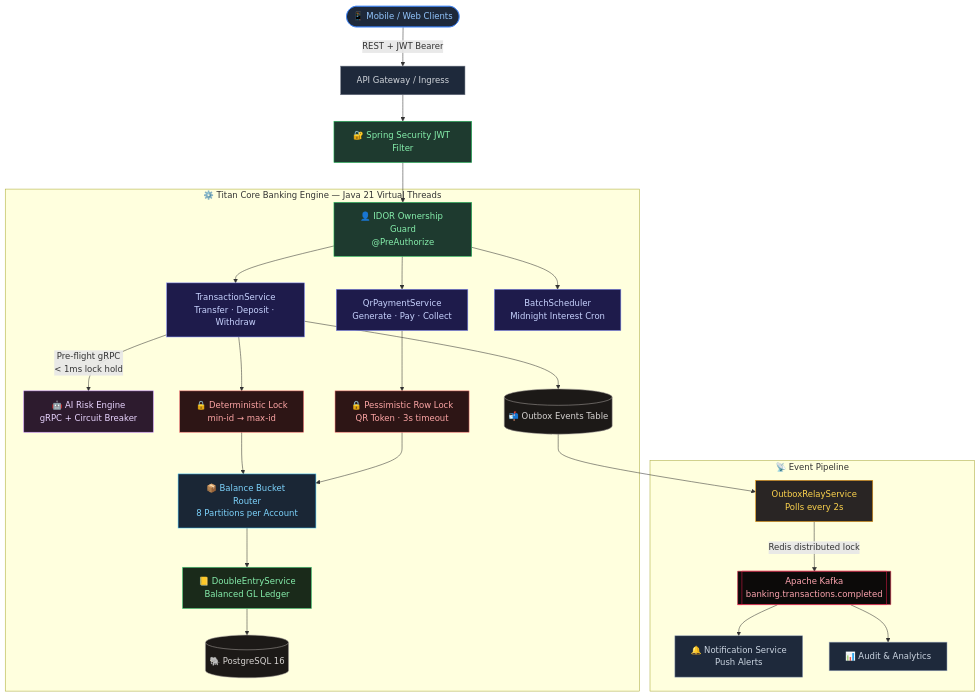
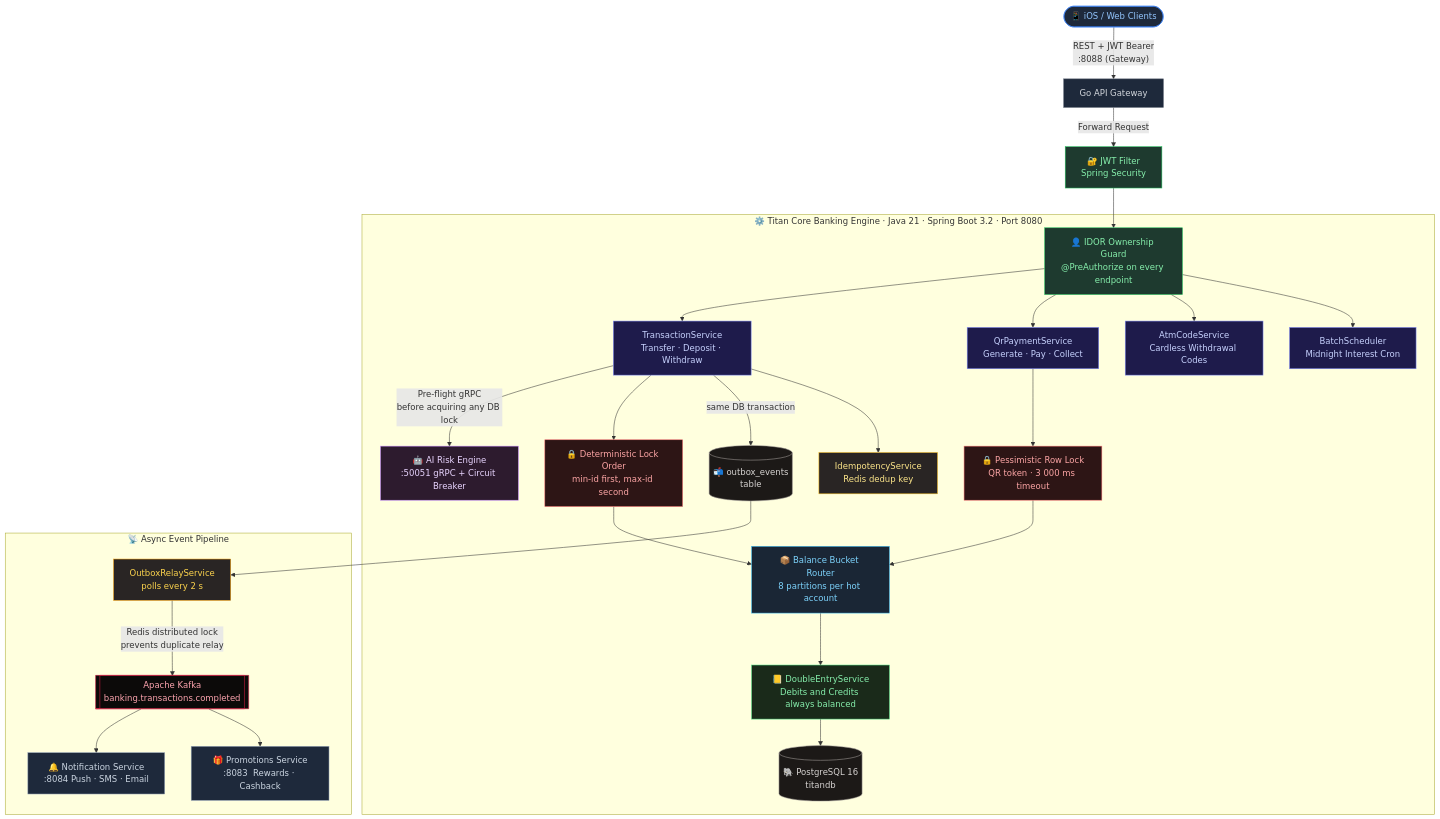
One commit to Bunchhay1/Titan-Core-Banking-V2 changed the diagram in README.md. Above: the diagram before and after it, drawn with Mermaid. The commit also changed other lines of this file, not shown here.

````diff
--- a/README.md
+++ b/README.md
@@ -87,44 +96,47 @@
 ```mermaid
 flowchart TD
-    Client([📱 Mobile / Web Clients]):::client -->|REST + JWT Bearer| GW[API Gateway / Ingress]:::infra
-    GW --> SF[🔐 Spring Security JWT Filter]:::security
-    SF --> AS[👤 IDOR Ownership Guard\n@PreAuthorize]:::security
+    Client([📱 iOS / Web Clients]):::client -->|"REST + JWT Bearer\n:8088 (Gateway)"| GW[Go API Gateway]:::infra
+    GW -->|Forward Request| SF[🔐 JWT Filter\nSpring Security]:::security
+    SF --> IDOR[👤 IDOR Ownership Guard\n@PreAuthorize on every endpoint]:::security
 
-    subgraph ENGINE ["⚙️  Titan Core Banking Engine  —  Java 21 Virtual Threads"]
-        AS --> TS[TransactionService\nTransfer · Deposit · Withdraw]:::service
-        AS --> QS[QrPaymentService\nGenerate · Pay · Collect]:::service
-        AS --> BS[BatchScheduler\nMidnight Interest Cron]:::service
+    subgraph ENGINE ["⚙️  Titan Core Banking Engine  ·  Java 21  ·  Spring Boot 3.2  ·  Port 8080"]
+        IDOR --> TS[TransactionService\nTransfer · Deposit · Withdraw]:::service
+        IDOR --> QS[QrPaymentService\nGenerate · Pay · Collect]:::service
+        IDOR --> ATM[AtmCodeService\nCardless Withdrawal Codes]:::service
+        IDOR --> BS[BatchScheduler\nMidnight Interest Cron]:::service
 
-        TS -->|Pre-flight gRPC\n< 1ms lock hold| RE[🤖 AI Risk Engine\ngRPC + Circuit Breaker]:::ai
-        TS --> DL[🔒 Deterministic Lock\nmin-id → max-id]:::lock
-        QS --> PL[🔒 Pessimistic Row Lock\nQR Token · 3s timeout]:::lock
+        TS -->|"Pre-flight gRPC\nbefore acquiring any DB lock"| RE[🤖 AI Risk Engine\n:50051 gRPC + Circuit Breaker]:::ai
+        TS --> DLOCK[🔒 Deterministic Lock Order\nmin-id first, max-id second]:::lock
+        QS --> PLOCK[🔒 Pessimistic Row Lock\nQR token · 3 000 ms timeout]:::lock
 
-        DL --> BR[📦 Balance Bucket Router\n8 Partitions per Account]:::bucket
-        PL --> BR
+        DLOCK --> BUCKET[📦 Balance Bucket Router\n8 partitions per hot account]:::bucket
+        PLOCK --> BUCKET
 
-        BR --> DE[📒 DoubleEntryService\nBalanced GL Ledger]:::ledger
-        DE --> PG[(🐘 PostgreSQL 16)]:::db
+        BUCKET --> DE[📒 DoubleEntryService\nDebits and Credits always balanced]:::ledger
+        DE --> PG[(🐘 PostgreSQL 16\ntitandb)]:::db
 
-        TS --> OB[(📬 Outbox Events Table)]:::db
+        TS -->|"same DB transaction"| OB[(📬 outbox_events\ntable)]:::db
+        TS --> IDEM[IdempotencyService\nRedis dedup key]:::idem
     end
 
-    subgraph EVENTS ["📡  Event Pipeline"]
-        OB --> OR[OutboxRelayService\nPolls every 2s]:::relay
-        OR -->|Redis distributed lock| KF[[Apache Kafka\nbanking.transactions.completed]]:::kafka
-        KF --> NS[🔔 Notification Service\nPush Alerts]:::downstream
-        KF --> AN[📊 Audit & Analytics]:::downstream
+    subgraph EVENTS ["📡  Async Event Pipeline"]
+        OB --> OR[OutboxRelayService\npolls every 2 s]:::relay
+        OR -->|"Redis distributed lock\nprevents duplicate relay"| KF[[Apache Kafka\nbanking.transactions.completed]]:::kafka
+        KF --> NS[🔔 Notification Service\n:8084  Push · SMS · Email]:::downstream
+        KF --> AN[🎁 Promotions Service\n:8083  Rewards · Cashback]:::downstream
     end
 
     classDef client fill:#1e293b,stroke:#3b82f6,color:#93c5fd
     classDef infra fill:#1e293b,stroke:#6b7280,color:#d1d5db
     classDef security fill:#1e3a2f,stroke:#22c55e,color:#86efac
     classDef service fill:#1e1b4b,stroke:#818cf8,color:#c7d2fe
     classDef ai fill:#2d1b2e,stroke:#c084fc,color:#e9d5ff
     classDef lock fill:#2d1515,stroke:#f87171,color:#fca5a5
     classDef bucket fill:#1a2635,stroke:#38bdf8,color:#7dd3fc
     classDef ledger fill:#1a2a1a,stroke:#4ade80,color:#86efac
     classDef db fill:#1c1917,stroke:#a8a29e,color:#d6d3d1
+    classDef idem fill:#292524,stroke:#fbbf24,color:#fde68a
     classDef relay fill:#292524,stroke:#f59e0b,color:#fcd34d
     classDef kafka fill:#0c0a09,stroke:#e11d48,color:#fda4af
     classDef downstream fill:#1e293b,stroke:#94a3b8,color:#cbd5e1
 ```
````
